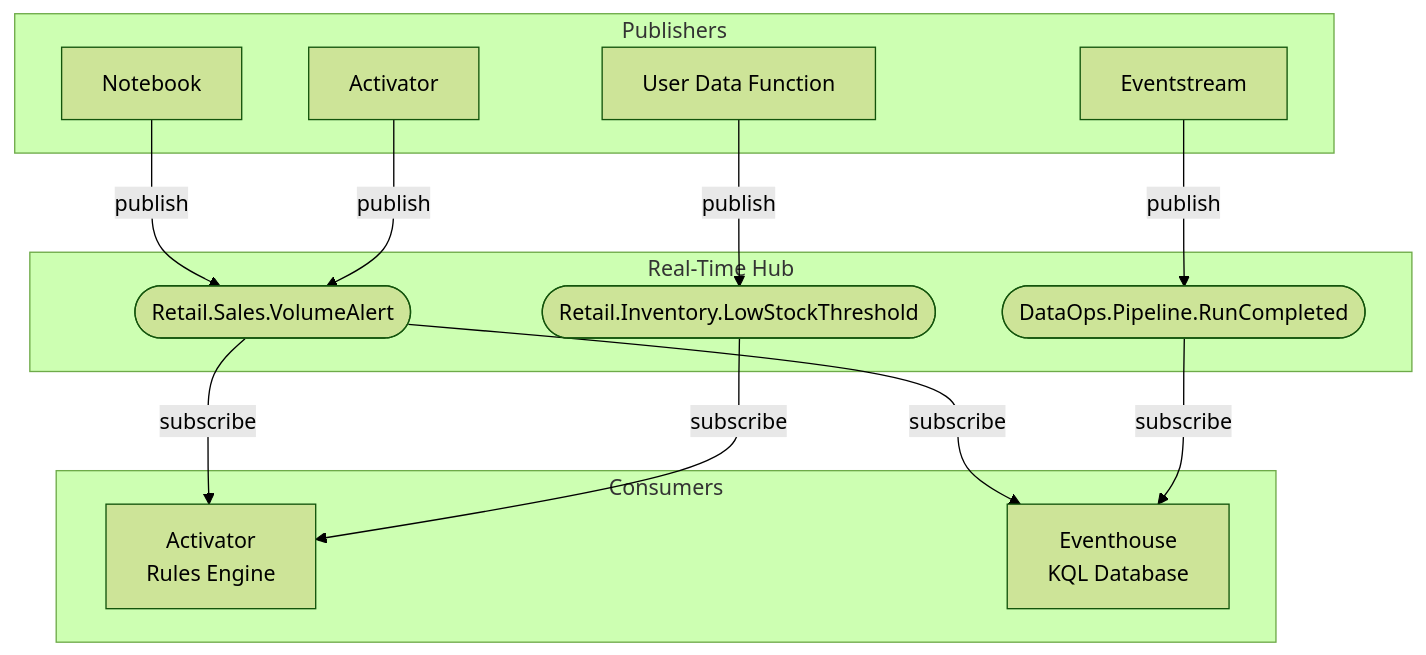
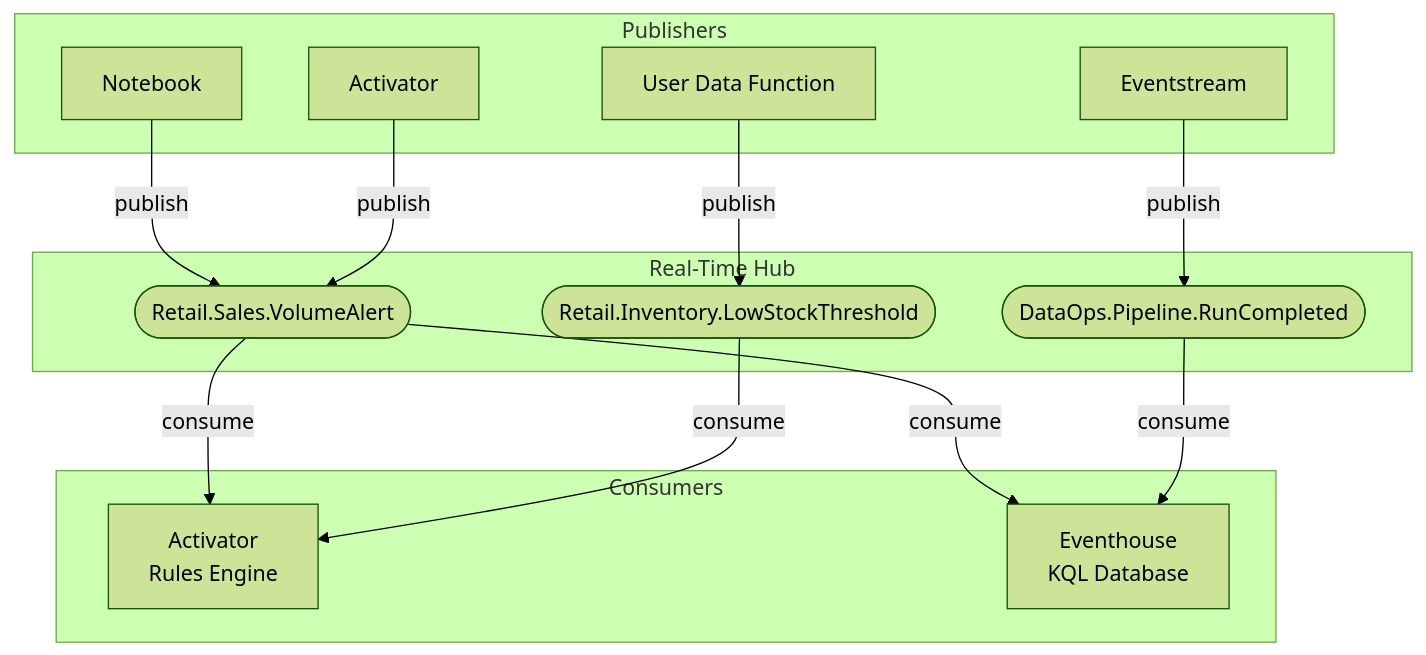
The first of 3 diagrams in docs/business-events/introduction/architecture-overview.md (microsoft/fabric-events), drawn with Mermaid (forest theme) before and after one commit. The commit also changed other lines of this file and 6 other files, not shown here.

````diff
--- a/docs/business-events/introduction/architecture-overview.md
+++ b/docs/business-events/introduction/architecture-overview.md
@@ -7,30 +7,30 @@
 ```mermaid
 flowchart TB
     subgraph Publishers
         NB[Notebook]
         UDF[User Data Function]
         ES[Eventstream]
         ACT_P[Activator]
     end
 
     subgraph RTH[Real-Time Hub]
         BE1([Retail.Sales.VolumeAlert])
         BE2([Retail.Inventory.LowStockThreshold])
         BE3([DataOps.Pipeline.RunCompleted])
     end
 
     subgraph Consumers
         ACT_C[Activator\nRules Engine]
         EH[Eventhouse\nKQL Database]
     end
 
     NB -->|publish| BE1
     UDF -->|publish| BE2
     ES -->|publish| BE3
     ACT_P -->|publish| BE1
 
-    BE1 -->|subscribe| ACT_C
-    BE2 -->|subscribe| ACT_C
-    BE1 -->|subscribe| EH
-    BE3 -->|subscribe| EH
+    BE1 -->|consume| ACT_C
+    BE2 -->|consume| ACT_C
+    BE1 -->|consume| EH
+    BE3 -->|consume| EH
 ```
````
